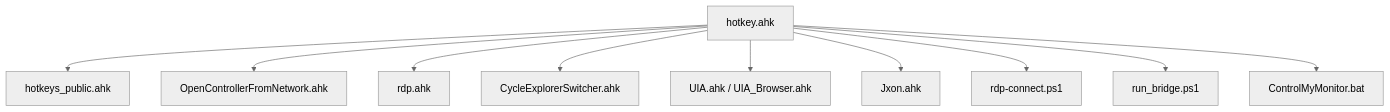
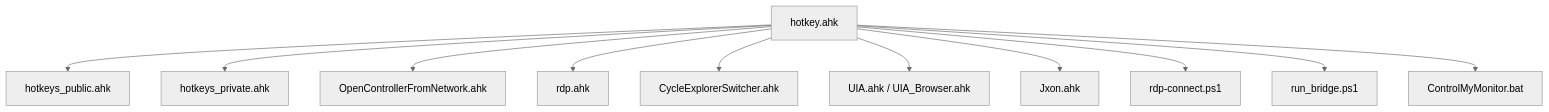
One commit to wangys-123doit/hotkey changed the eighth of 8 diagrams in .qoder/repowiki/zh/content/核心功能/热键管理系统.md. Above: the diagram before and after it, drawn with Mermaid (neutral theme). The commit also changed other lines of this file and 6 other files, not shown here.

````diff
--- a/.qoder/repowiki/zh/content/核心功能/热键管理系统.md
+++ b/.qoder/repowiki/zh/content/核心功能/热键管理系统.md
@@ -336,12 +308,13 @@
 ```mermaid
 graph TB
 Main["hotkey.ahk"] --> Pub["hotkeys_public.ahk"]
+Main --> Priv["hotkeys_private.ahk"]
 Main --> Dev["OpenControllerFromNetwork.ahk"]
 Main --> RDP["rdp.ahk"]
 Main --> Exp["CycleExplorerSwitcher.ahk"]
 Main --> UIA["UIA.ahk / UIA_Browser.ahk"]
 Main --> Jxon["Jxon.ahk"]
 Main --> PS1["rdp-connect.ps1"]
 Main --> PS2["run_bridge.ps1"]
 Main --> BAT["ControlMyMonitor.bat"]
 ```
````
